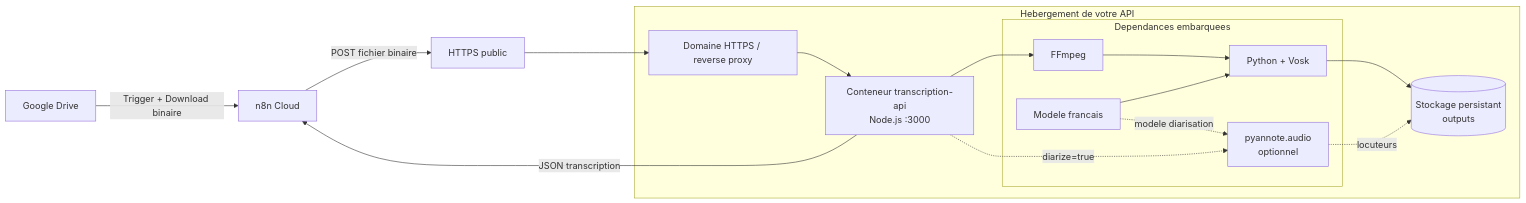
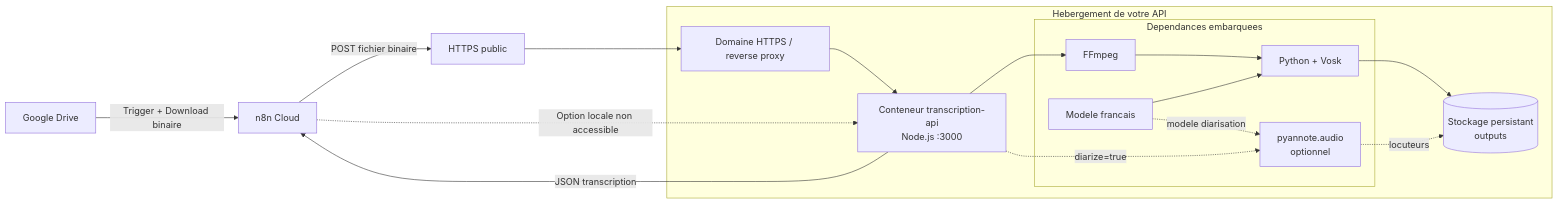
The fourth of 8 diagrams in ARCHITECTURE.md (souhak00/transcription-api), drawn with Mermaid before and after one commit. The commit also changed other lines of this file and 15 other files, not shown here.

Commit message:
Add CRM PostgreSQL architecture and n8n backup docs

````diff
--- a/ARCHITECTURE.md
+++ b/ARCHITECTURE.md
@@ -122,30 +174,31 @@
 ```mermaid
 flowchart LR
     Drive["Google Drive"]
     N8NCloud["n8n Cloud"]
     Internet["HTTPS public"]
 
     subgraph CloudHost["Hebergement de votre API"]
         Gateway["Domaine HTTPS / reverse proxy"]
         API["Conteneur transcription-api<br/>Node.js :3000"]
         Outputs[("Stockage persistant<br/>outputs")]
 
         subgraph Runtime["Dependances embarquees"]
             FFmpeg["FFmpeg"]
             Vosk["Python + Vosk"]
             Pyannote["pyannote.audio<br/>optionnel"]
             Model["Modele francais"]
         end
     end
 
     Drive -->|"Trigger + Download binaire"| N8NCloud
     N8NCloud -->|"POST fichier binaire"| Internet
     Internet --> Gateway --> API
     API --> FFmpeg --> Vosk
     API -. "diarize=true" .-> Pyannote
     Model --> Vosk
     Model -. "modele diarisation" .-> Pyannote
     Vosk --> Outputs
     Pyannote -. "locuteurs" .-> Outputs
     API -->|"JSON transcription"| N8NCloud
+    N8NCloud -. "Option locale non accessible" .-> API
 ```
````
